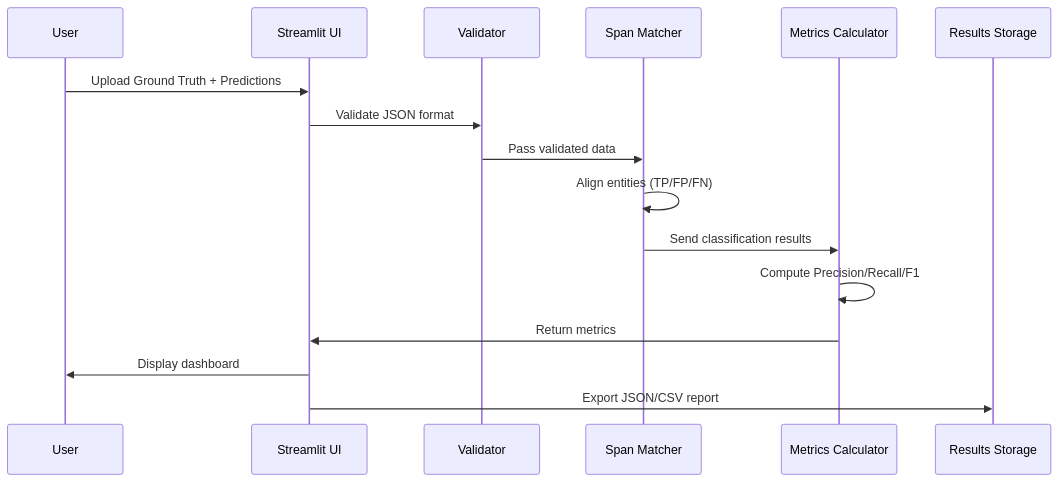
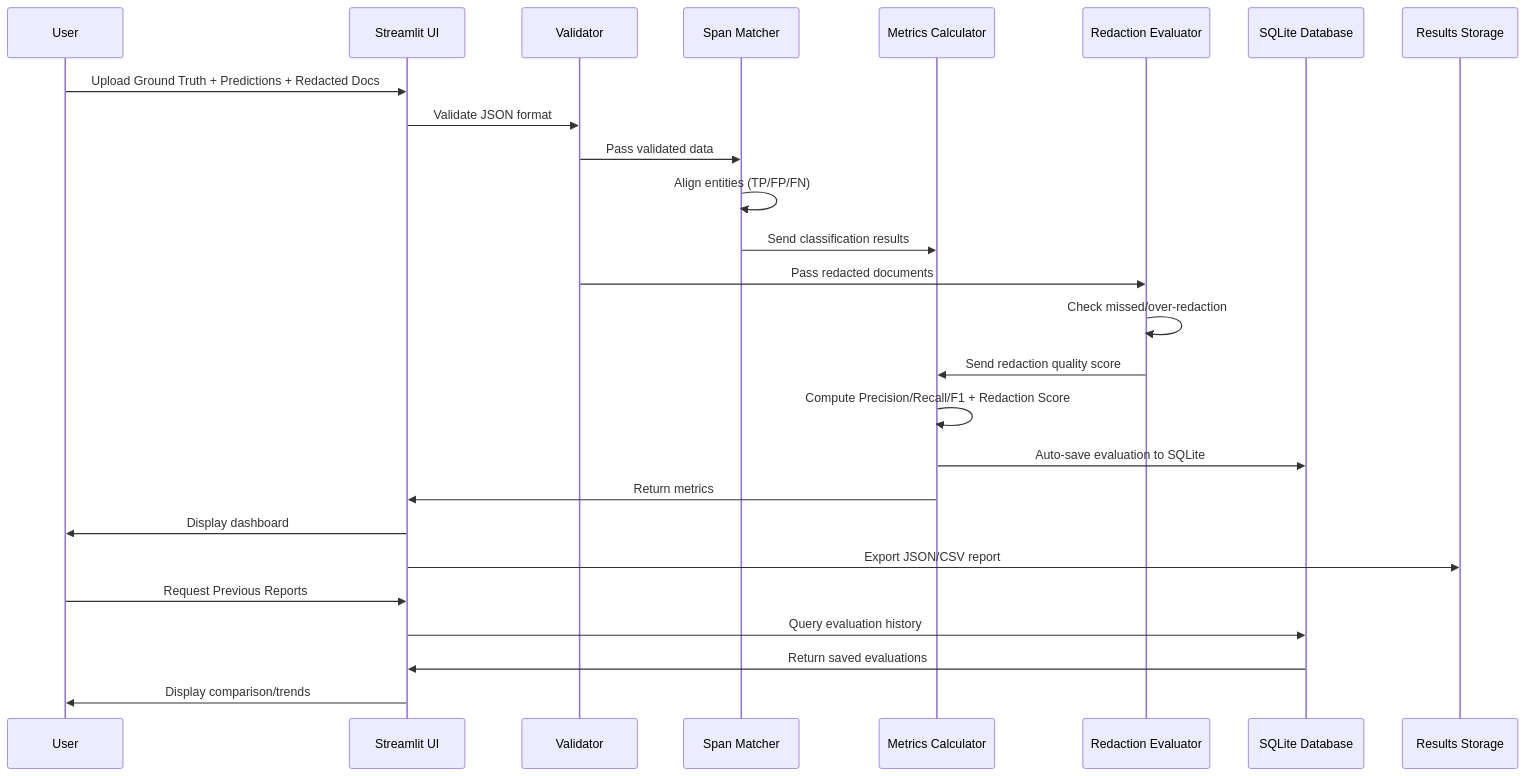
One commit to anudra/pii-benchmark-framework changed the fourth of 6 diagrams in architecture.md. Above: the diagram before and after it, drawn with Mermaid. The commit also changed other lines of this file and 3 other files, not shown here.

````diff
--- a/architecture.md
+++ b/architecture.md
@@ -164,19 +173,29 @@
 ```mermaid
 sequenceDiagram
     participant User
     participant UI as Streamlit UI
     participant Val as Validator
     participant Matcher as Span Matcher
     participant Calc as Metrics Calculator
-    participant DB as Results Storage
+    participant RedEval as Redaction Evaluator
+    participant DB as SQLite Database
+    participant Export as Results Storage
 
-    User->>UI: Upload Ground Truth + Predictions
+    User->>UI: Upload Ground Truth + Predictions + Redacted Docs
     UI->>Val: Validate JSON format
     Val->>Matcher: Pass validated data
     Matcher->>Matcher: Align entities (TP/FP/FN)
     Matcher->>Calc: Send classification results
-    Calc->>Calc: Compute Precision/Recall/F1
+    Val->>RedEval: Pass redacted documents
+    RedEval->>RedEval: Check missed/over-redaction
+    RedEval->>Calc: Send redaction quality score
+    Calc->>Calc: Compute Precision/Recall/F1 + Redaction Score
+    Calc->>DB: Auto-save evaluation to SQLite
     Calc->>UI: Return metrics
     UI->>User: Display dashboard
-    UI->>DB: Export JSON/CSV report
+    UI->>Export: Export JSON/CSV report
+    User->>UI: Request Previous Reports
+    UI->>DB: Query evaluation history
+    DB->>UI: Return saved evaluations
+    UI->>User: Display comparison/trends
 ```
````
